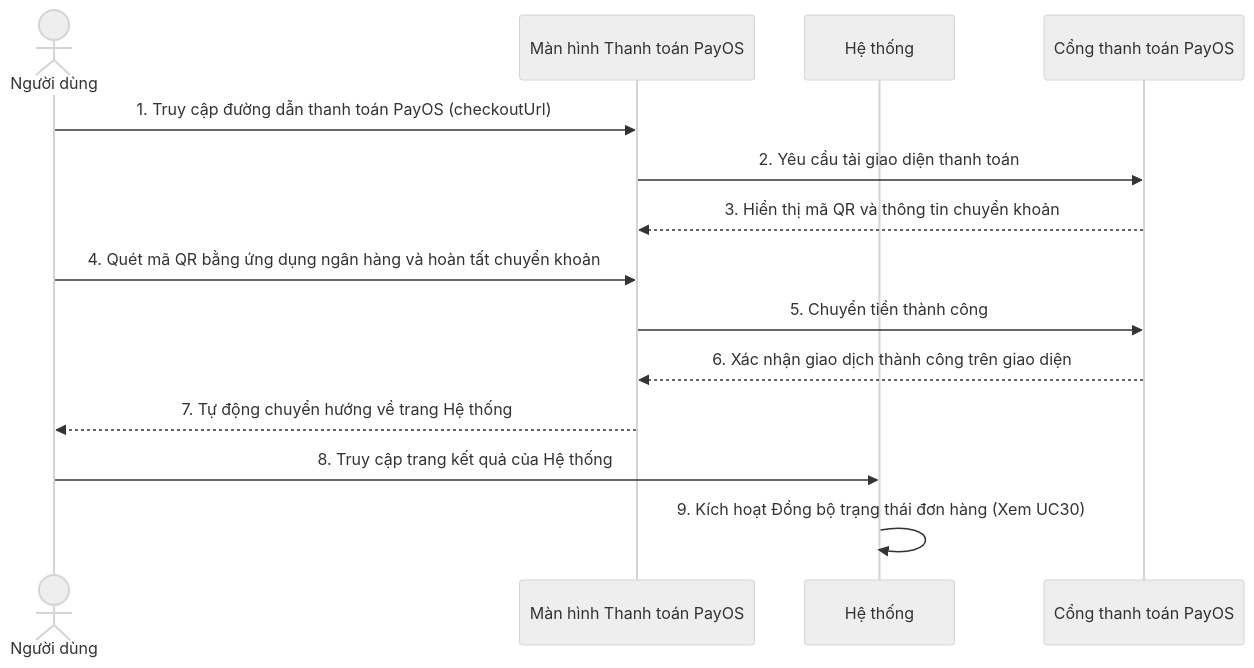
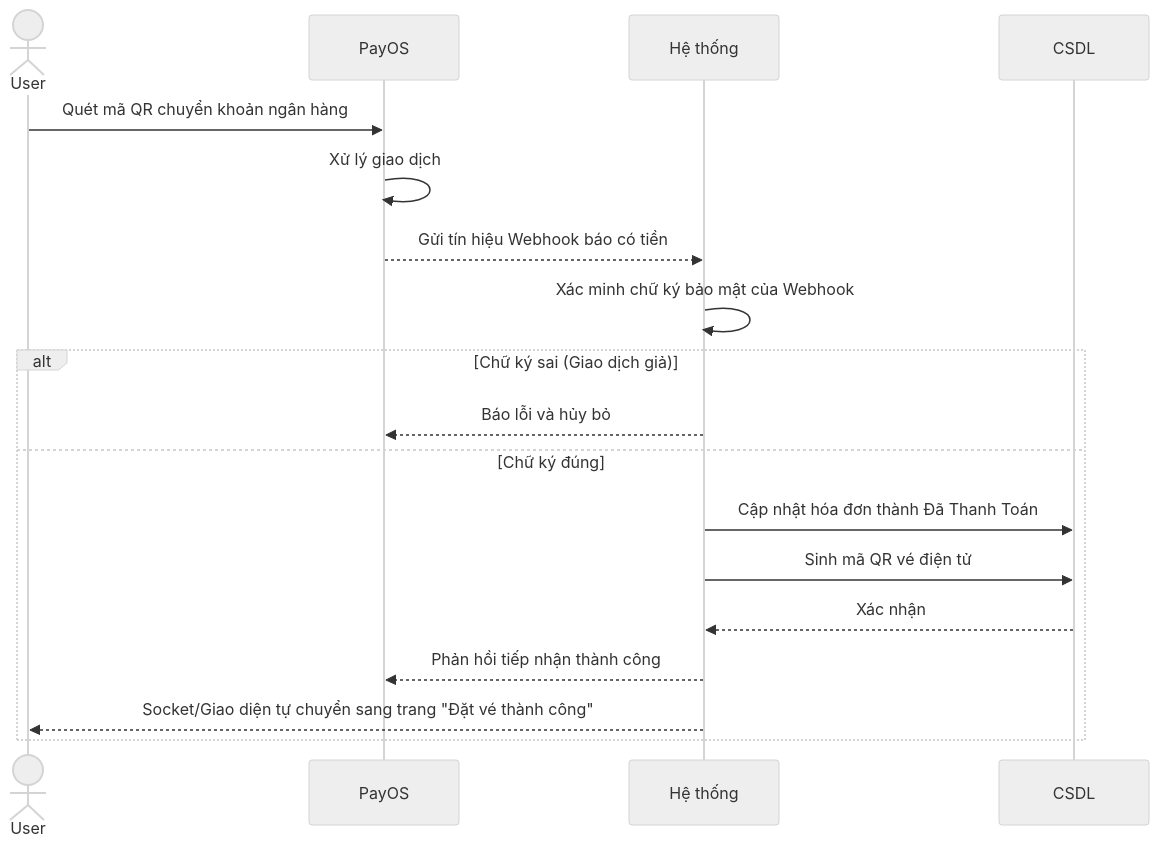
One commit to ChuDucAnh21/BE-quan-ly-su-kien changed the third of 7 diagrams in doc/system_analysis/sequence diagram/05d_sequence_payment_ticket_checkin.md. Above: the diagram before and after it, drawn with Mermaid (neutral theme). The commit also changed other lines of this file and 14 other files, not shown here.

````diff
--- a/doc/system_analysis/sequence diagram/05d_sequence_payment_ticket_checkin.md
+++ b/doc/system_analysis/sequence diagram/05d_sequence_payment_ticket_checkin.md
@@ -144,17 +59,21 @@
 ```mermaid
 sequenceDiagram
-    actor User as Người dùng
-    participant UI as Màn hình Thanh toán PayOS
-    participant HT as Hệ thống
-    participant PayOS as Cổng thanh toán PayOS
+    actor User
+    participant PayOS
+    participant Hệ thống
+    participant CSDL
 
-    User->>UI: 1. Truy cập đường dẫn thanh toán PayOS (checkoutUrl)
-    UI->>PayOS: 2. Yêu cầu tải giao diện thanh toán
-    PayOS-->>UI: 3. Hiển thị mã QR và thông tin chuyển khoản
-    User->>UI: 4. Quét mã QR bằng ứng dụng ngân hàng và hoàn tất chuyển khoản
-    UI->>PayOS: 5. Chuyển tiền thành công
-    PayOS-->>UI: 6. Xác nhận giao dịch thành công trên giao diện
-    UI-->>User: 7. Tự động chuyển hướng về trang Hệ thống
-    User->>HT: 8. Truy cập trang kết quả của Hệ thống
-    HT->>HT: 9. Kích hoạt Đồng bộ trạng thái đơn hàng (Xem UC30)
+    User->>PayOS: Quét mã QR chuyển khoản ngân hàng
+    PayOS->>PayOS: Xử lý giao dịch
+    PayOS-->>Hệ thống: Gửi tín hiệu Webhook báo có tiền
+    Hệ thống->>Hệ thống: Xác minh chữ ký bảo mật của Webhook
+    alt Chữ ký sai (Giao dịch giả)
+        Hệ thống-->>PayOS: Báo lỗi và hủy bỏ
+    else Chữ ký đúng
+        Hệ thống->>CSDL: Cập nhật hóa đơn thành Đã Thanh Toán
+        Hệ thống->>CSDL: Sinh mã QR vé điện tử
+        CSDL-->>Hệ thống: Xác nhận
+        Hệ thống-->>PayOS: Phản hồi tiếp nhận thành công
+        Hệ thống-->>User: Socket/Giao diện tự chuyển sang trang "Đặt vé thành công"
+    end
 ```
````
